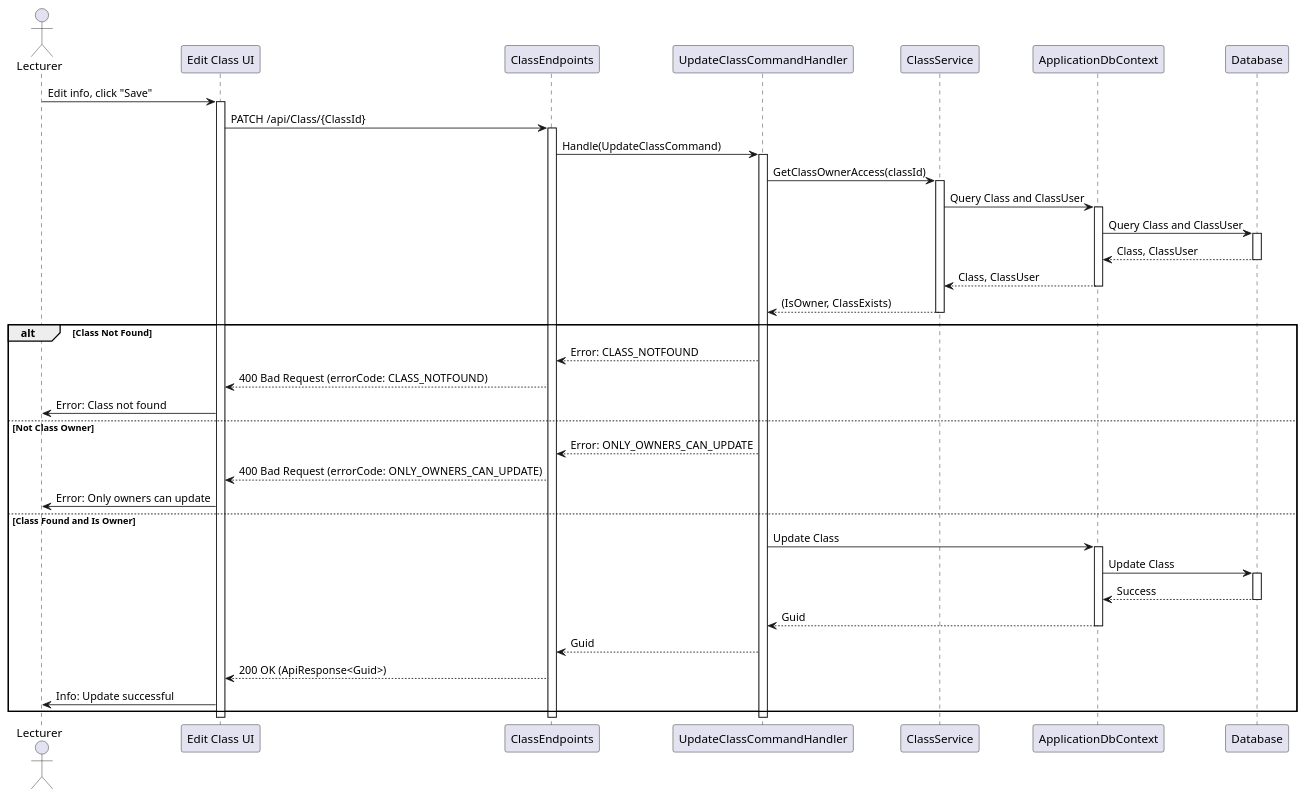
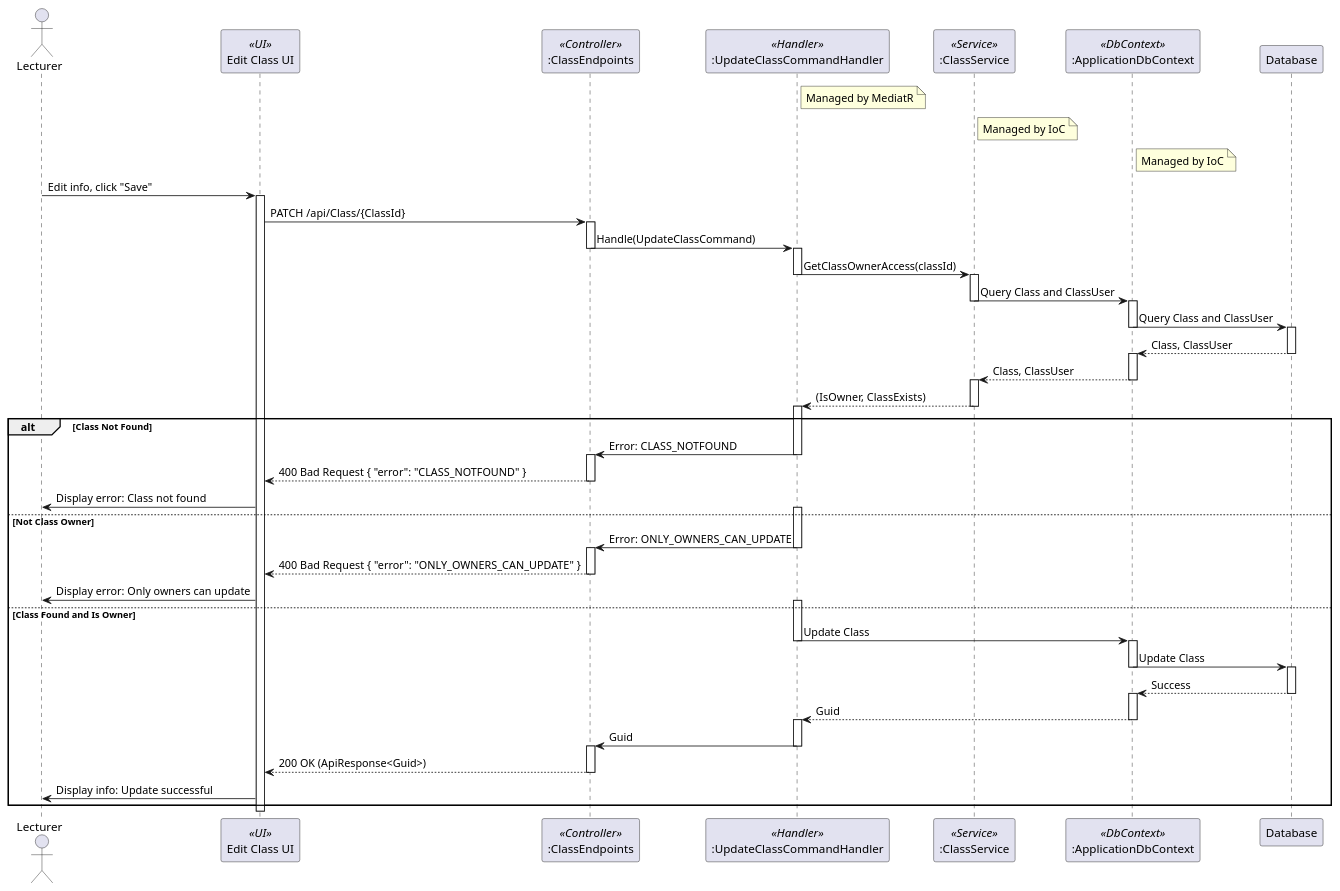
One commit to thanhkhac/SEP_Diagram changed the diagram in classes/Sequence/UpdateClassCommand.puml. Above: the diagram before and after it, drawn with PlantUML. The commit also changed 30 other files, not shown here.

Commit message:
Enhance sequence diagrams with detailed flow and roles

```diff
--- a/classes/Sequence/UpdateClassCommand.puml
+++ b/classes/Sequence/UpdateClassCommand.puml
@@ -1,52 +1,85 @@
 @startuml
 actor "Lecturer" as User
-participant "Edit Class UI" as UI
-participant ClassEndpoints
-participant UpdateClassCommandHandler as Handler
-participant ClassService
-participant ApplicationDbContext
+participant "Edit Class UI" as UI <<UI>>
+participant ":ClassEndpoints" as ClassEndpoints <<Controller>>
+participant ":UpdateClassCommandHandler" as UpdateClassCommandHandler <<Handler>>
+participant ":ClassService" as ClassService <<Service>>
+participant ":ApplicationDbContext" as ApplicationDbContext <<DbContext>>
 participant Database
+
+note right of UpdateClassCommandHandler
+  Managed by MediatR
+end note
+
+note right of ClassService
+  Managed by IoC
+end note
+
+note right of ApplicationDbContext
+  Managed by IoC
+end note
 
 User -> UI : Edit info, click "Save"
 activate UI
 UI -> ClassEndpoints : PATCH /api/Class/{ClassId}
 activate ClassEndpoints
-ClassEndpoints -> Handler : Handle(UpdateClassCommand)
-activate Handler
-Handler -> ClassService : GetClassOwnerAccess(classId)
+ClassEndpoints -> UpdateClassCommandHandler : Handle(UpdateClassCommand)
+deactivate ClassEndpoints
+activate UpdateClassCommandHandler
+UpdateClassCommandHandler -> ClassService : GetClassOwnerAccess(classId)
+deactivate UpdateClassCommandHandler
 activate ClassService
 ClassService -> ApplicationDbContext : Query Class and ClassUser
+deactivate ClassService
 activate ApplicationDbContext
 ApplicationDbContext -> Database : Query Class and ClassUser
+deactivate ApplicationDbContext
 activate Database
 Database --> ApplicationDbContext : Class, ClassUser
 deactivate Database
+activate ApplicationDbContext
 ApplicationDbContext --> ClassService : Class, ClassUser
 deactivate ApplicationDbContext
-ClassService --> Handler : (IsOwner, ClassExists)
+activate ClassService
+ClassService --> UpdateClassCommandHandler : (IsOwner, ClassExists)
 deactivate ClassService
+activate UpdateClassCommandHandler
 alt Class Not Found
-    Handler --> ClassEndpoints : Error: CLASS_NOTFOUND
-    ClassEndpoints --> UI : 400 Bad Request (errorCode: CLASS_NOTFOUND)
-    UI -> User : Error: Class not found
+    UpdateClassCommandHandler -> ClassEndpoints : Error: CLASS_NOTFOUND
+    deactivate UpdateClassCommandHandler
+    activate ClassEndpoints
+    ClassEndpoints --> UI : 400 Bad Request { "error": "CLASS_NOTFOUND" }
+    deactivate ClassEndpoints
+    UI -> User : Display error: Class not found
 else Not Class Owner
-    Handler --> ClassEndpoints : Error: ONLY_OWNERS_CAN_UPDATE
-    ClassEndpoints --> UI : 400 Bad Request (errorCode: ONLY_OWNERS_CAN_UPDATE)
-    UI -> User : Error: Only owners can update
+    activate UpdateClassCommandHandler
+    UpdateClassCommandHandler -> ClassEndpoints : Error: ONLY_OWNERS_CAN_UPDATE
+    deactivate UpdateClassCommandHandler
+    activate ClassEndpoints
+    ClassEndpoints --> UI : 400 Bad Request { "error": "ONLY_OWNERS_CAN_UPDATE" }
+    deactivate ClassEndpoints
+    UI -> User : Display error: Only owners can update
 else Class Found and Is Owner
-    Handler -> ApplicationDbContext : Update Class
+    activate UpdateClassCommandHandler
+    UpdateClassCommandHandler -> ApplicationDbContext : Update Class
+    deactivate UpdateClassCommandHandler
     activate ApplicationDbContext
     ApplicationDbContext -> Database : Update Class
+    deactivate ApplicationDbContext
     activate Database
     Database --> ApplicationDbContext : Success
     deactivate Database
-    ApplicationDbContext --> Handler : Guid
+    activate ApplicationDbContext
+    ApplicationDbContext --> UpdateClassCommandHandler : Guid
     deactivate ApplicationDbContext
-    Handler --> ClassEndpoints : Guid
+    activate UpdateClassCommandHandler
+    UpdateClassCommandHandler -> ClassEndpoints : Guid
+    deactivate UpdateClassCommandHandler
+    activate ClassEndpoints
     ClassEndpoints --> UI : 200 OK (ApiResponse<Guid>)
-    UI -> User : Info: Update successful
+    deactivate ClassEndpoints
+    UI -> User : Display info: Update successful
 end
-deactivate Handler
-deactivate ClassEndpoints
 deactivate UI
+
 @enduml
```
